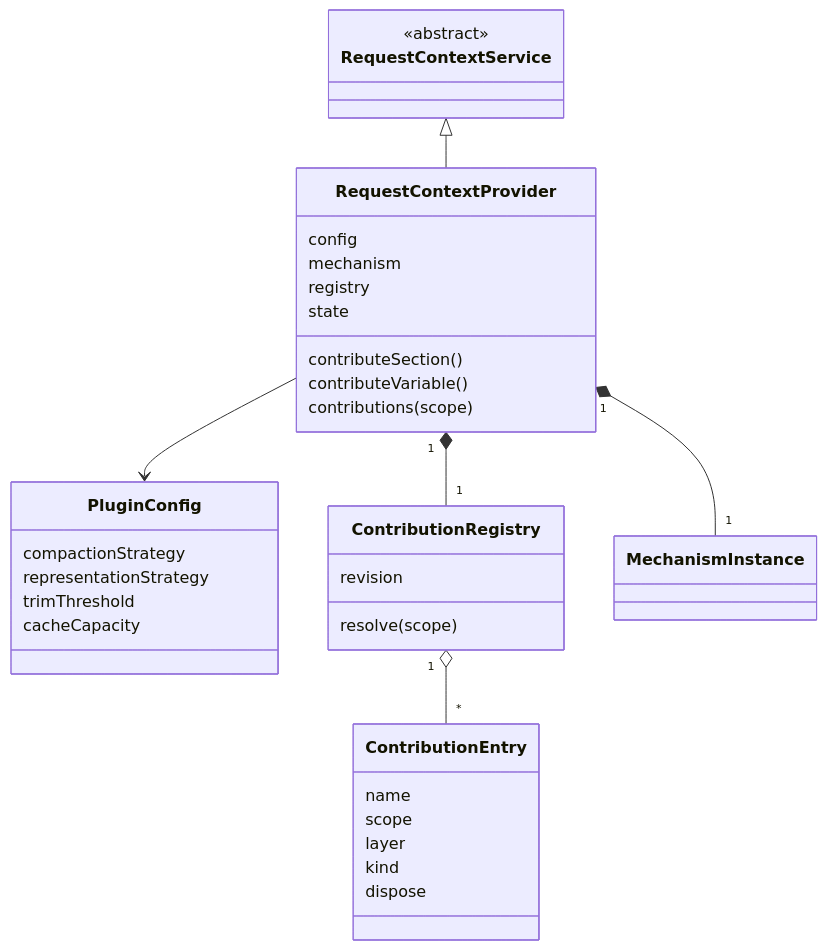
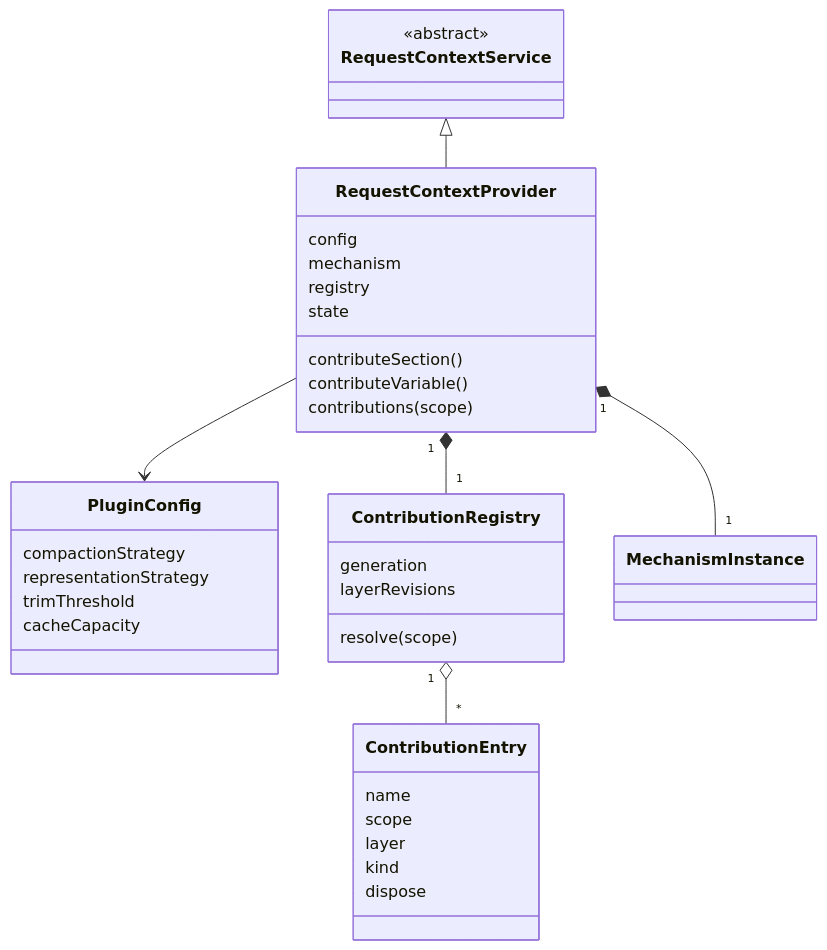
The diagram in packages/context/request-context-cordis/docs/object-model.md (nemori-ai/omne-harness-lite), drawn with Mermaid before and after one commit. The commit also changed other lines of this file and 68 other files, not shown here.

````diff
--- a/packages/context/request-context-cordis/docs/object-model.md
+++ b/packages/context/request-context-cordis/docs/object-model.md
@@ -16,38 +17,39 @@
 ```mermaid
 classDiagram
   class RequestContextService {
     <<abstract>>
   }
   class RequestContextProvider {
     config
     mechanism
     registry
     state
     contributeSection()
     contributeVariable()
     contributions(scope)
   }
   class PluginConfig {
     compactionStrategy
     representationStrategy
     trimThreshold
     cacheCapacity
   }
   class ContributionRegistry {
-    revision
+    generation
+    layerRevisions
     resolve(scope)
   }
   class ContributionEntry {
     name
     scope
     layer
     kind
     dispose
   }
   class MechanismInstance
   RequestContextService <|-- RequestContextProvider
   RequestContextProvider --> PluginConfig
   RequestContextProvider "1" *-- "1" MechanismInstance
   RequestContextProvider "1" *-- "1" ContributionRegistry
   ContributionRegistry "1" o-- "*" ContributionEntry
 ```
````
